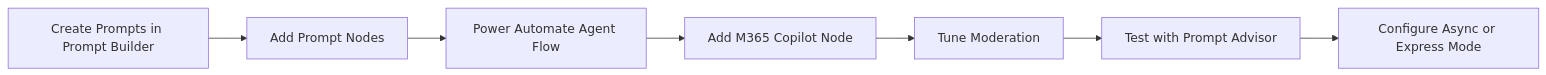
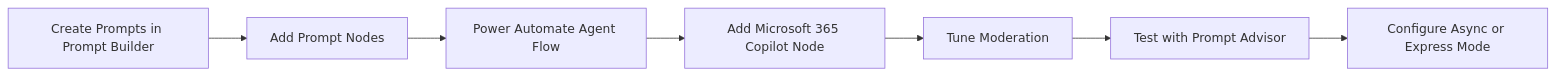
The diagram in labs/13-prompt-builder-agent-flows/index.md (russrimm/CopilotStudioLabs), drawn with Mermaid before and after one commit. The commit also changed other lines of this file and 42 other files, not shown here.

````diff
--- a/labs/13-prompt-builder-agent-flows/index.md
+++ b/labs/13-prompt-builder-agent-flows/index.md
@@ -30,9 +30,9 @@
 ```mermaid
 flowchart LR
   A["Create Prompts in Prompt Builder"] --> B["Add Prompt Nodes"]
   B --> C["Power Automate Agent Flow"]
-  C --> D["Add M365 Copilot Node"]
+  C --> D["Add Microsoft 365 Copilot Node"]
   D --> E["Tune Moderation"]
   E --> F["Test with Prompt Advisor"]
   F --> G["Configure Async or Express Mode"]
 ```
````
